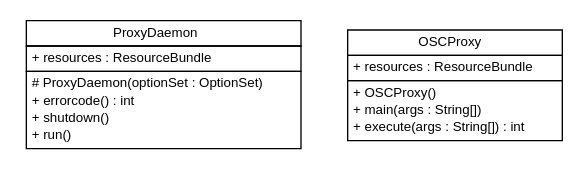
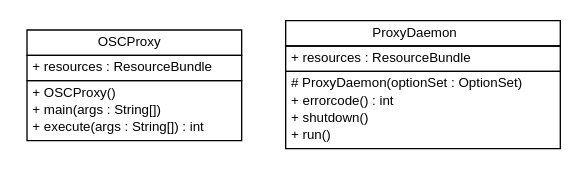
One commit to pcross616/lf-osc-proxy changed the diagram in apidocs/com/xley/lfosc/com.xley.lfosc.dot. Above: the diagram before and after it, drawn with Graphviz. The commit also changed 95 other files, not shown here.

```diff
--- a/apidocs/com/xley/lfosc/com.xley.lfosc.dot
+++ b/apidocs/com/xley/lfosc/com.xley.lfosc.dot
@@ -1,41 +1,41 @@
 #!/usr/local/bin/dot
 #
 # Class diagram 
 # Generated by UMLGraph version R5_6 (http://www.umlgraph.org/)
 #
 
 digraph G {
 	edge [fontname="Helvetica",fontsize=10,labelfontname="Helvetica",labelfontsize=10];
 	node [fontname="Helvetica",fontsize=10,shape=plaintext];
 	nodesep=0.25;
 	ranksep=0.5;
+	// com.xley.lfosc.OSCProxy
+	c19 [label=<<table title="com.xley.lfosc.OSCProxy" border="0" cellborder="1" cellspacing="0" cellpadding="2" port="p" href="./OSCProxy.html">
+		<tr><td><table border="0" cellspacing="0" cellpadding="1">
+<tr><td align="center" balign="center"> OSCProxy </td></tr>
+		</table></td></tr>
+		<tr><td><table border="0" cellspacing="0" cellpadding="1">
+<tr><td align="left" balign="left"> + resources : ResourceBundle </td></tr>
+		</table></td></tr>
+		<tr><td><table border="0" cellspacing="0" cellpadding="1">
+<tr><td align="left" balign="left"> + OSCProxy() </td></tr>
+<tr><td align="left" balign="left"> + main(args : String[]) </td></tr>
+<tr><td align="left" balign="left"> + execute(args : String[]) : int </td></tr>
+		</table></td></tr>
+		</table>>, URL="./OSCProxy.html", fontname="Helvetica", fontcolor="black", fontsize=10.0];
 	// com.xley.lfosc.ProxyDaemon
-	c0 [label=<<table title="com.xley.lfosc.ProxyDaemon" border="0" cellborder="1" cellspacing="0" cellpadding="2" port="p" href="./ProxyDaemon.html">
+	c20 [label=<<table title="com.xley.lfosc.ProxyDaemon" border="0" cellborder="1" cellspacing="0" cellpadding="2" port="p" href="./ProxyDaemon.html">
 		<tr><td><table border="0" cellspacing="0" cellpadding="1">
 <tr><td align="center" balign="center"> ProxyDaemon </td></tr>
 		</table></td></tr>
 		<tr><td><table border="0" cellspacing="0" cellpadding="1">
 <tr><td align="left" balign="left"> + resources : ResourceBundle </td></tr>
 		</table></td></tr>
 		<tr><td><table border="0" cellspacing="0" cellpadding="1">
 <tr><td align="left" balign="left"> # ProxyDaemon(optionSet : OptionSet) </td></tr>
 <tr><td align="left" balign="left"> + errorcode() : int </td></tr>
 <tr><td align="left" balign="left"> + shutdown() </td></tr>
 <tr><td align="left" balign="left"> + run() </td></tr>
 		</table></td></tr>
 		</table>>, URL="./ProxyDaemon.html", fontname="Helvetica", fontcolor="black", fontsize=10.0];
-	// com.xley.lfosc.OSCProxy
-	c1 [label=<<table title="com.xley.lfosc.OSCProxy" border="0" cellborder="1" cellspacing="0" cellpadding="2" port="p" href="./OSCProxy.html">
-		<tr><td><table border="0" cellspacing="0" cellpadding="1">
-<tr><td align="center" balign="center"> OSCProxy </td></tr>
-		</table></td></tr>
-		<tr><td><table border="0" cellspacing="0" cellpadding="1">
-<tr><td align="left" balign="left"> + resources : ResourceBundle </td></tr>
-		</table></td></tr>
-		<tr><td><table border="0" cellspacing="0" cellpadding="1">
-<tr><td align="left" balign="left"> + OSCProxy() </td></tr>
-<tr><td align="left" balign="left"> + main(args : String[]) </td></tr>
-<tr><td align="left" balign="left"> + execute(args : String[]) : int </td></tr>
-		</table></td></tr>
-		</table>>, URL="./OSCProxy.html", fontname="Helvetica", fontcolor="black", fontsize=10.0];
 }
```
